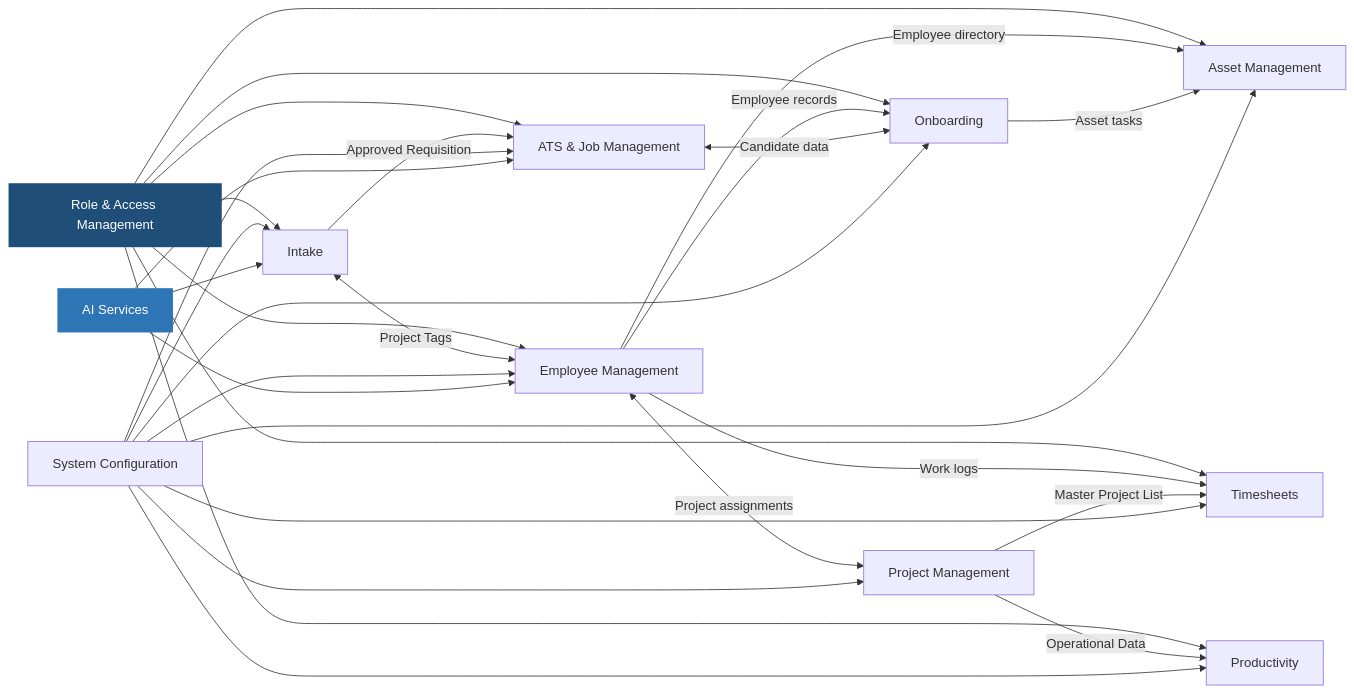
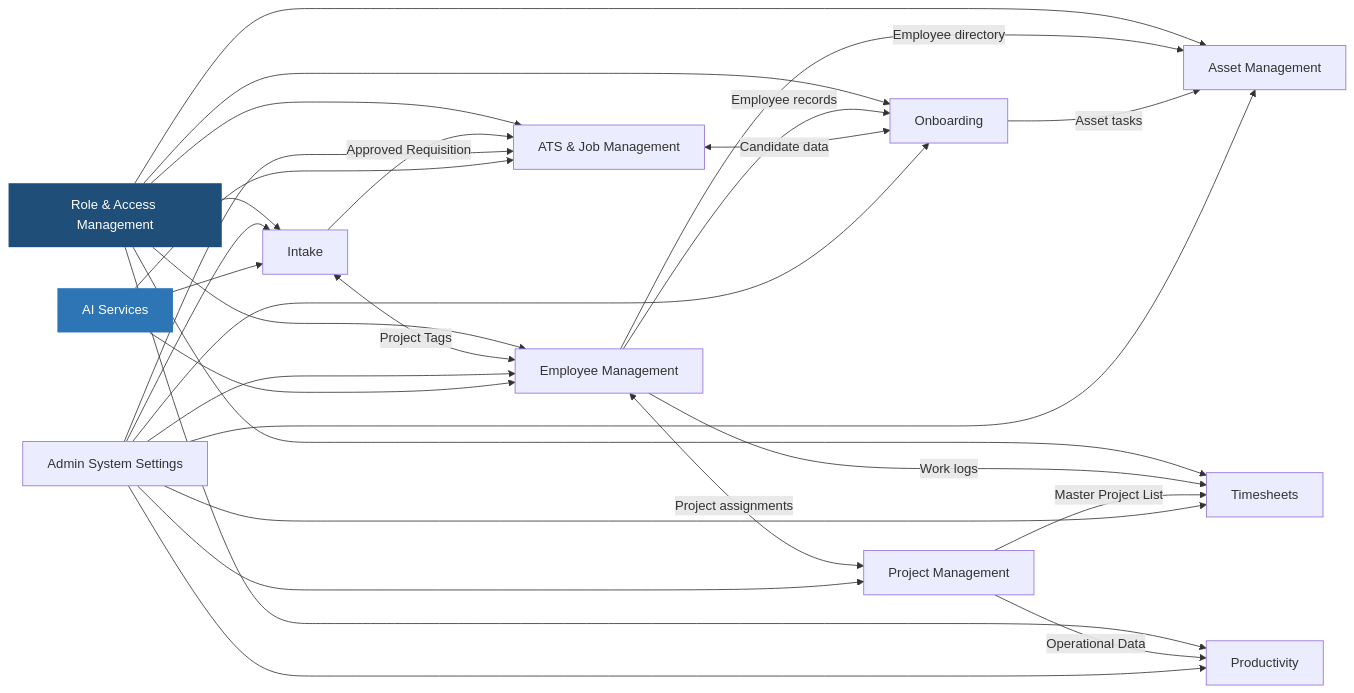
Diagram 17 of 17 in docs/ADT_Hub_Spec_Plan.md (ATDawnTech/HubV2), drawn with Mermaid before and after one commit. The commit also changed other lines of this file, not shown here.

Commit message:
docs: restructure Epic 5 & 6, add New Onboard status, and link onboarding to employees

````diff
--- a/docs/ADT_Hub_Spec_Plan.md
+++ b/docs/ADT_Hub_Spec_Plan.md
@@ -995,35 +1182,35 @@
 ```mermaid
 graph LR
     RBAC[Role & Access Management] --> Employees[Employee Management]
     RBAC --> Intake
     RBAC --> Onboarding
     RBAC --> Assets[Asset Management]
     RBAC --> ATS[ATS & Job Management]
     RBAC --> Timesheets
     RBAC --> Productivity
 
     Employees -->|Employee directory| Assets
     Employees -->|Employee records| Onboarding
     Employees <-->|Project assignments| ProjectMgmt[Project Management]
     Employees -->|Work logs| Timesheets
     Intake <-->|Project Tags| Employees
     Intake -->|Approved Requisition| ATS
     ATS <-->|Candidate data| Onboarding
     Onboarding -->|Asset tasks| Assets
     ProjectMgmt -->|Master Project List| Timesheets
     ProjectMgmt -->|Operational Data| Productivity
-    Config[System Configuration] --> Employees
-    Config --> Intake
-    Config --> Onboarding
-    Config --> Assets
-    Config --> ATS
-    Config --> Timesheets
-    Config --> Productivity
-    Config --> ProjectMgmt
+    AdminSettings[Admin System Settings] --> Employees
+    AdminSettings --> Intake
+    AdminSettings --> Onboarding
+    AdminSettings --> Assets
+    AdminSettings --> ATS
+    AdminSettings --> Timesheets
+    AdminSettings --> Productivity
+    AdminSettings --> ProjectMgmt
     AI[AI Services] --> Employees
     AI --> Intake
     AI --> ATS
 
     style RBAC fill:#1F4E79,color:#fff,stroke:none
     style AI fill:#2E75B6,color:#fff,stroke:none
 ```
````
